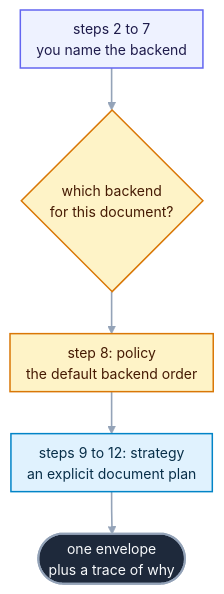
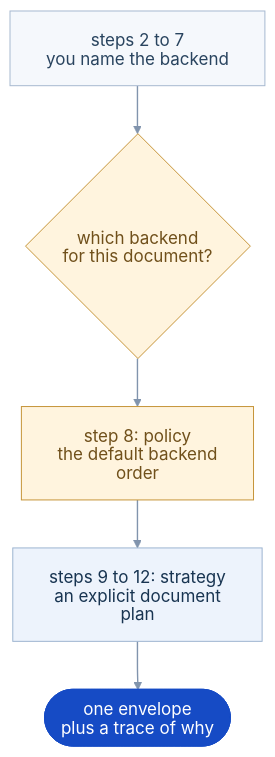
One commit to openreading-ai/openreading-core changed the second of 3 diagrams in tutorial/README.md. Above: the diagram before and after it, drawn with Mermaid. The commit also changed other lines of this file and 32 other files, not shown here.

First line of the commit message:
docs: unify README diagrams and add tutorial website

````diff
--- a/tutorial/README.md
+++ b/tutorial/README.md
@@ -558,13 +575,17 @@
 ```mermaid
-%%{init: {"theme":"base","themeVariables":{"fontFamily":"ui-sans-serif, system-ui, -apple-system, Segoe UI, Roboto, sans-serif","fontSize":"14px","lineColor":"#94a3b8","textColor":"#334155","primaryTextColor":"#0f172a","edgeLabelBackground":"#eef2f7","clusterBkg":"#f8fafc","clusterBorder":"#cbd5e1","titleColor":"#334155"},"flowchart":{"curve":"basis","nodeSpacing":34,"rankSpacing":42,"padding":8,"useMaxWidth":true}}}%%
+%%{init: {"theme":"base","fontFamily":"Arial","deterministicIds":true,"deterministicIDSeed":"openreading","htmlLabels":false,"themeVariables":{"fontFamily":"Arial","fontSize":"17px","lineColor":"#8194ad","textColor":"#183451","primaryTextColor":"#183451","primaryColor":"#edf3fc","primaryBorderColor":"#9db4d0","edgeLabelBackground":"#ffffff","clusterBkg":"#f5f8fc","clusterBorder":"#d7e1ee","titleColor":"#183451","actorBkg":"#edf3fc","actorBorder":"#9db4d0","actorTextColor":"#183451","actorLineColor":"#9db4d0","signalColor":"#527095","signalTextColor":"#183451","labelBoxBkgColor":"#fff4de","labelBoxBorderColor":"#c6953a","labelTextColor":"#70501b","loopTextColor":"#527095","noteBkgColor":"#edf3fc","noteBorderColor":"#9db4d0","noteTextColor":"#183451","sequenceNumberColor":"#ffffff","activationBkgColor":"#e7f3ee","activationBorderColor":"#679780"},"flowchart":{"curve":"monotoneY","nodeSpacing":32,"rankSpacing":48,"padding":18,"useMaxWidth":true},"sequence":{"useMaxWidth":true,"actorMargin":65,"messageMargin":38,"mirrorActors":false}}}%%
 flowchart TD
   S1["steps 2 to 7<br>you name the backend"]:::src --> Q{"which backend<br>for this document?"}:::gate
   Q --> S2["step 8: policy<br>the default backend order"]:::gate
   S2 --> S3["steps 9 to 12: strategy<br>an explicit document plan"]:::work
   S3 --> S4(["one envelope<br>plus a trace of why"]):::hero
-  classDef src fill:#eef2ff,stroke:#6366f1,stroke-width:1.5px,color:#1e1b4b;
-  classDef work fill:#e0f2fe,stroke:#0284c7,stroke-width:1.5px,color:#082f49;
-  classDef gate fill:#fef3c7,stroke:#d97706,stroke-width:1.5px,color:#451a03;
-  classDef hero fill:#1e293b,stroke:#94a3b8,stroke-width:2px,color:#f8fafc;
-  linkStyle default stroke-width:1.6px;
+  classDef src fill:#f5f8fc,stroke:#a7b9d0,stroke-width:1px,color:#29445f;
+  classDef work fill:#edf3fc,stroke:#9db4d0,stroke-width:1px,color:#183451;
+  classDef gate fill:#fff4de,stroke:#c6953a,stroke-width:1px,color:#70501b;
+  classDef good fill:#e7f3ee,stroke:#679780,stroke-width:1px,color:#245740;
+  classDef bad fill:#fbeeee,stroke:#c78686,stroke-width:1px,color:#803d3d;
+  classDef store fill:#e7f3ee,stroke:#679780,stroke-width:1px,color:#245740;
+  classDef out fill:#edf3fc,stroke:#9db4d0,stroke-width:1px,color:#183451;
+  classDef hero fill:#164bc5,stroke:#164bc5,stroke-width:1px,color:#ffffff;
+  linkStyle default stroke-width:1.4px;
 ```
````
